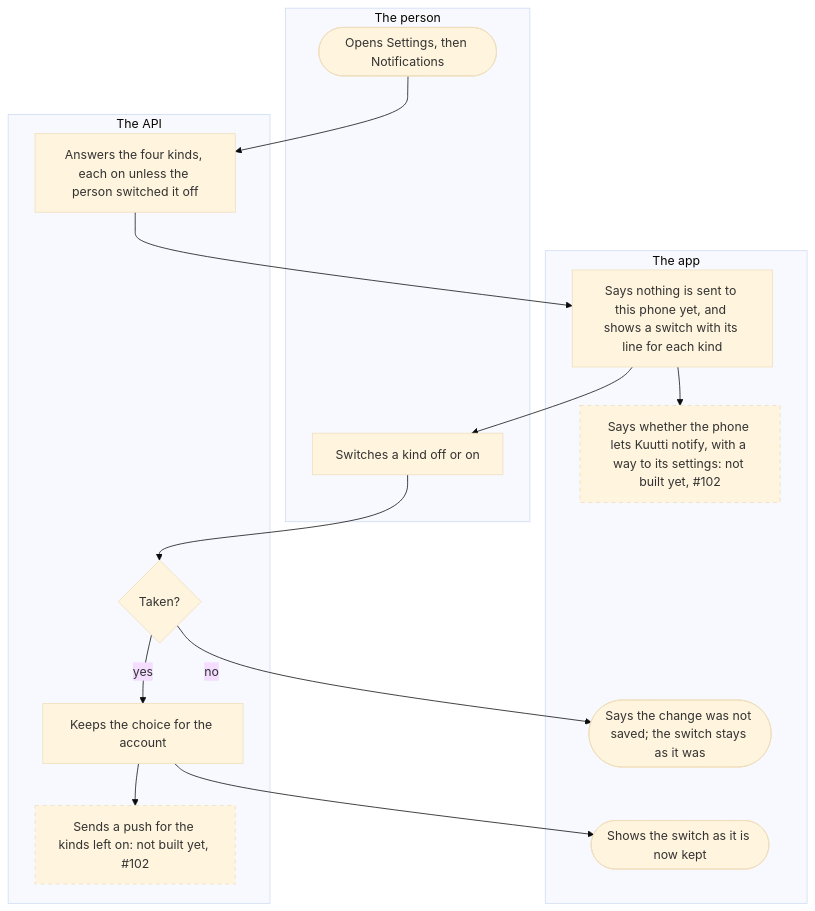
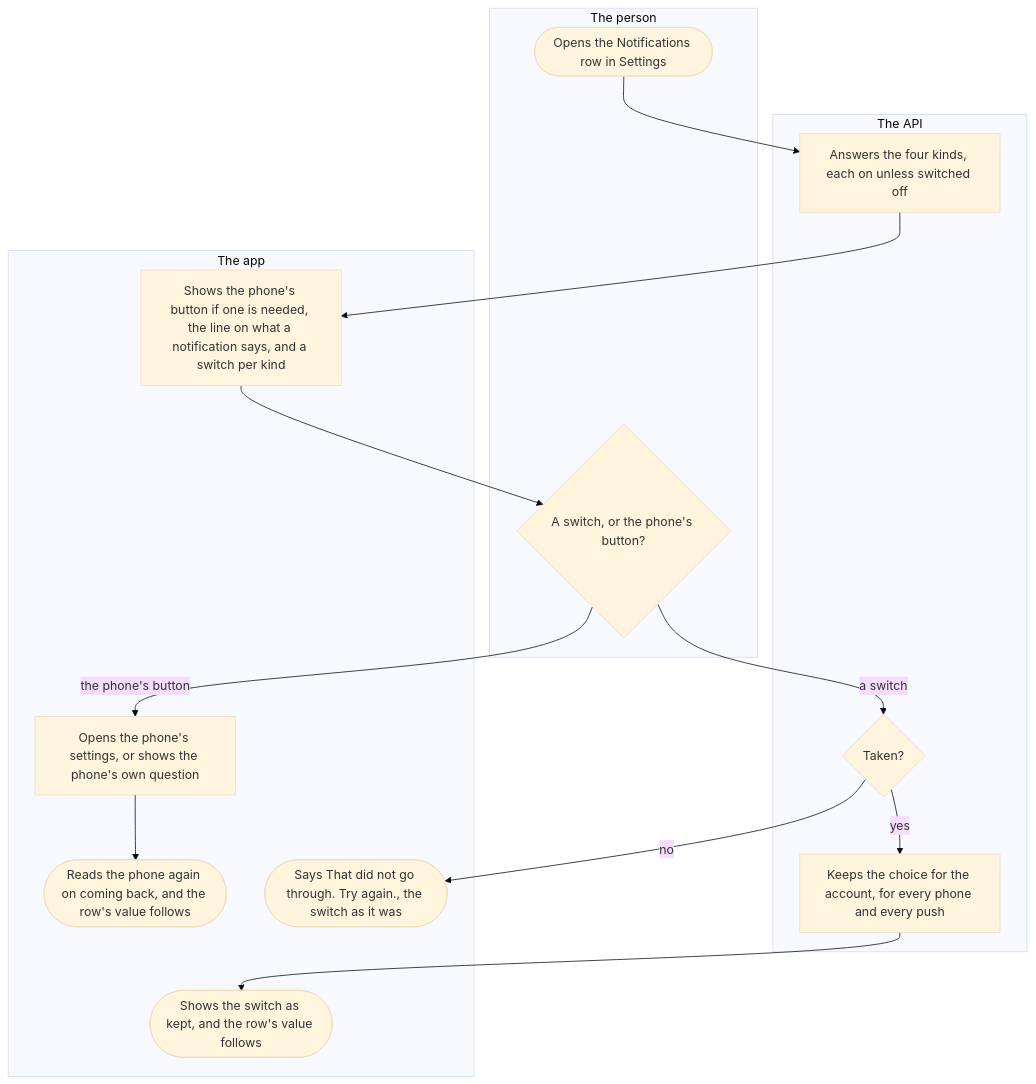
One commit to kuutti-ry/kuutti-app changed the second of 4 diagrams in docs/flows/notifications.md. Above: the diagram before and after it, drawn with Mermaid (base theme). The commit also changed other lines of this file and 41 other files, not shown here.

First line of the commit message:
Redraw the user flows against today's main, held by check:docs

````diff
--- a/docs/flows/notifications.md
+++ b/docs/flows/notifications.md
@@ -7,27 +77,30 @@
 ```mermaid
 flowchart TB
-  accTitle: Notifications and notices, part 1: choosing what one is notified of
-  accDescr: The person opens Notifications in Settings, reads that nothing is sent to the phone yet, and switches a kind on or off. The API keeps the choice for the account. The push that would read it, and the line on the phone's own permission, are not built yet.
+  accTitle: Notifications and notices, part 2: the switches
+  accDescr: The Notifications row of Settings says what this phone allows, or which kinds are on, and opens in place. First stands what the phone's answer leaves to do, then a line on what a notification says and a switch per kind. A switch is saved at once for the account, so every phone and every push reads the same.
   subgraph person["The person"]
-    s1(["Opens Settings, then Notifications"])
-    s4["Switches a kind off or on"]
+    s12(["Opens the Notifications row in Settings"])
+    s15{"A switch, or the phone's button?"}
   end
   subgraph app["The app"]
-    s3["Says nothing is sent to this phone yet, and shows a switch with its line for each kind"]
-    s7(["Shows the switch as it is now kept"])
-    s8(["Says the change was not saved; the switch stays as it was"])
-    s10["Says whether the phone lets Kuutti notify, with a way to its settings: not built yet, #102"]:::notbuilt
+    s14["Shows the phone's button if one is needed, the line on what a notification says, and a switch per kind"]
+    s16["Opens the phone's settings, or shows the phone's own question"]
+    s17(["Reads the phone again on coming back, and the row's value follows"])
+    s20(["Shows the switch as kept, and the row's value follows"])
+    s21(["Says That did not go through. Try again., the switch as it was"])
   end
   subgraph api["The API"]
-    s2["Answers the four kinds, each on unless the person switched it off"]
-    s5{"Taken?"}
-    s6["Keeps the choice for the account"]
-    s9["Sends a push for the kinds left on: not built yet, #102"]:::notbuilt
+    s13["Answers the four kinds, each on unless switched off"]
+    s18{"Taken?"}
+    s19["Keeps the choice for the account, for every phone and every push"]
   end
-  s1 --> s2 --> s3 --> s4 --> s5
-  s5 -->|"yes"| s6 --> s7
-  s5 -->|"no"| s8
-  s6 --> s9
-  s3 --> s10
-  classDef notbuilt stroke-dasharray: 5 5
+  s12 --> s13
+  s13 --> s14
+  s14 --> s15
+  s15 -->|"the phone's button"| s16
+  s16 --> s17
+  s15 -->|"a switch"| s18
+  s18 -->|"yes"| s19
+  s19 --> s20
+  s18 -->|"no"| s21
 ```
````
